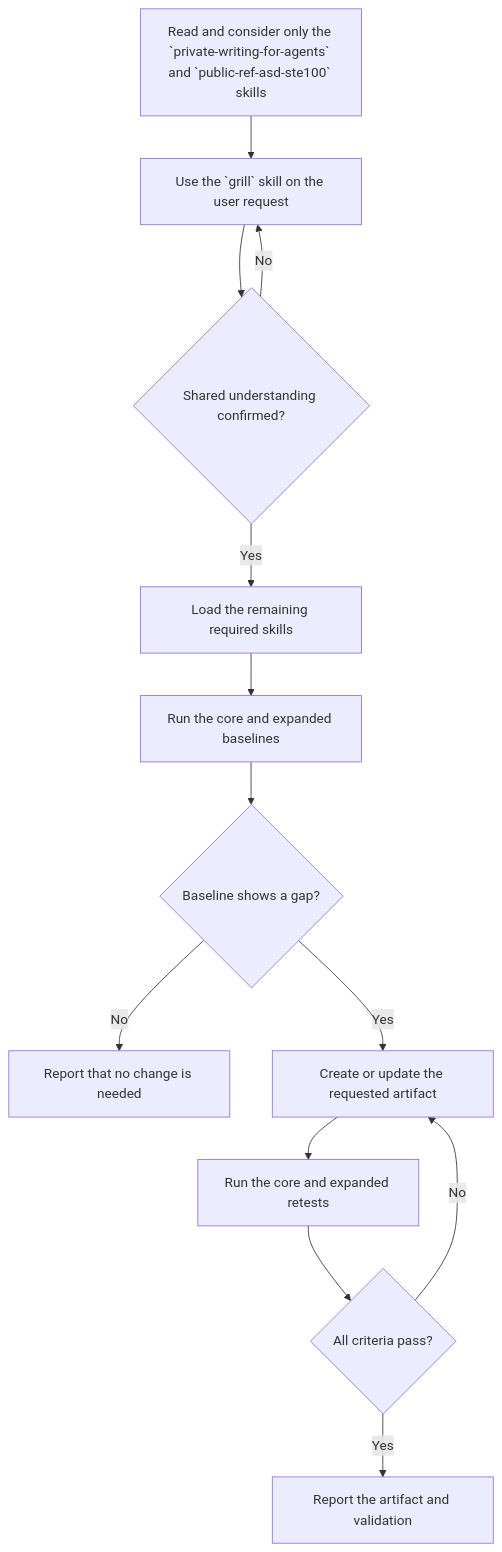
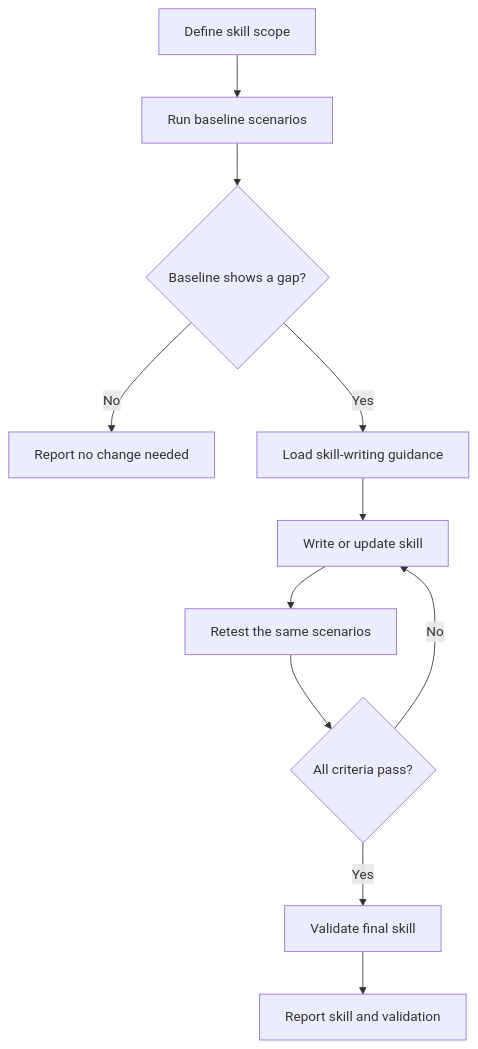
Before and after one commit to UseTheFork/spindle: the diagram in .github/skills/author-skill/SKILL.md, drawn with Mermaid. The commit also changed other lines of this file and 21 other files, not shown here.

````diff
--- a/.github/skills/author-skill/SKILL.md
+++ b/.github/skills/author-skill/SKILL.md
@@ -16,16 +26,13 @@
 ```mermaid
 flowchart TD
-    A["Read and consider only the `private-writing-for-agents` and `public-ref-asd-ste100` skills"]
-    A --> B["Use the `grill` skill on the user request"]
-    B --> C{"Shared understanding confirmed?"}
-    C -- "No" --> B
-    C -- "Yes" --> D["Load the remaining required skills"]
-    D --> E["Run the core and expanded baselines"]
-    E --> F{"Baseline shows a gap?"}
-    F -- "No" --> J["Report that no change is needed"]
-    F -- "Yes" --> G["Create or update the requested artifact"]
-    G --> H["Run the core and expanded retests"]
-    H --> I{"All criteria pass?"}
-    I -- "No" --> G
-    I -- "Yes" --> K["Report the artifact and validation"]
+    A[Define skill scope] --> B[Run baseline scenarios]
+    B --> C{Baseline shows a gap?}
+    C -- No --> H[Report no change needed]
+    C -- Yes --> D[Load skill-writing guidance]
+    D --> E[Write or update skill]
+    E --> F[Retest the same scenarios]
+    F --> G{All criteria pass?}
+    G -- No --> E
+    G -- Yes --> I[Validate final skill]
+    I --> J[Report skill and validation]
 ```
````
